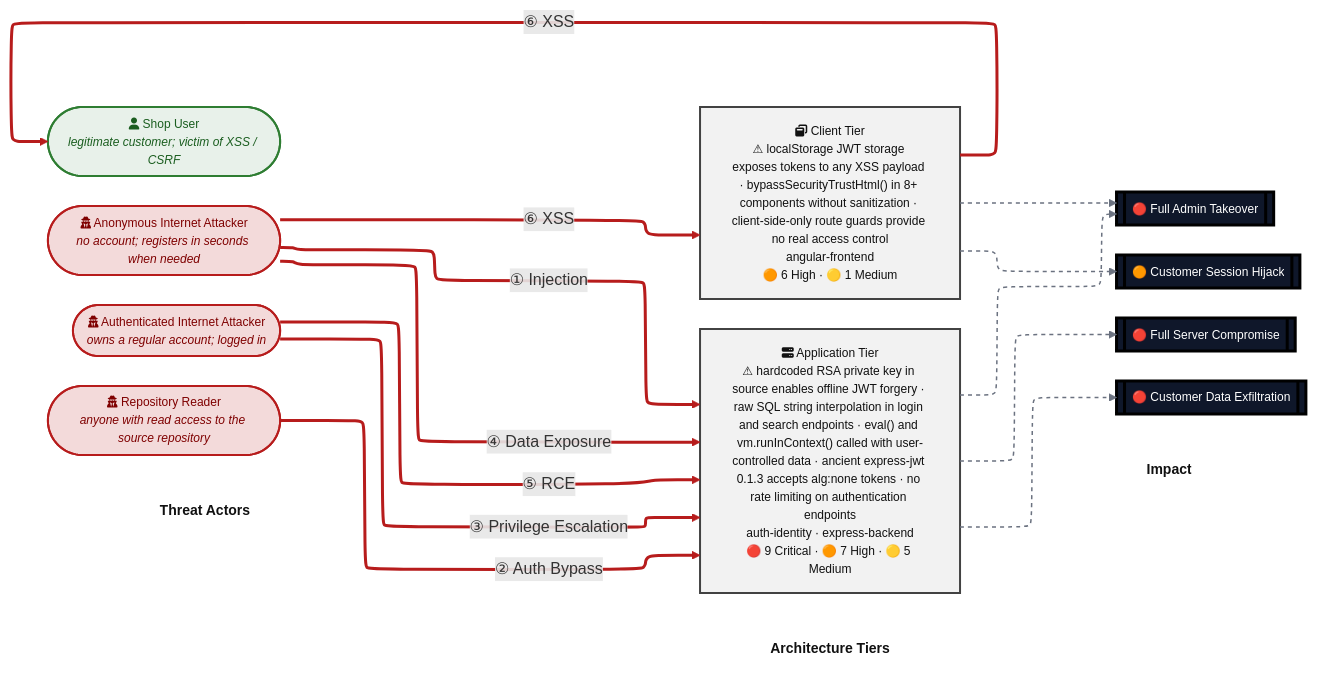
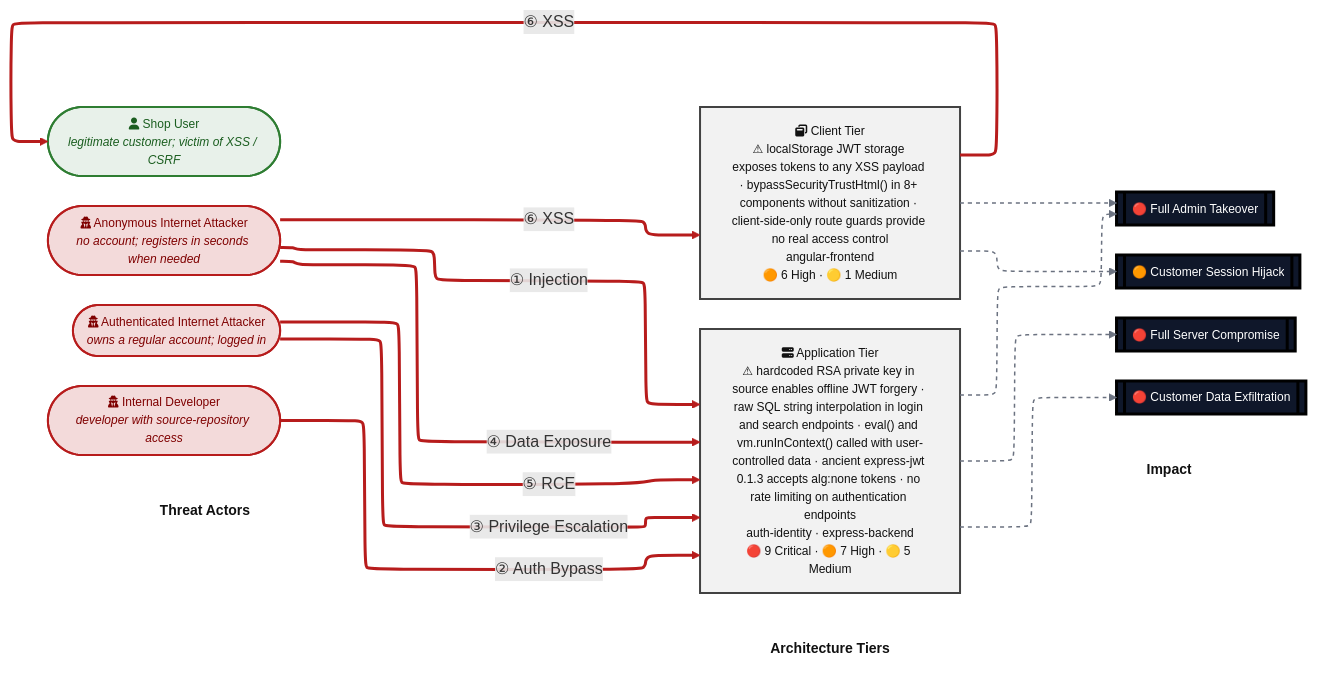
The first of 18 diagrams in examples/threat-modeler/threat-model-juice-shop-standard.md (appsec-foundry/appsec-advisor), drawn with Mermaid before and after one commit. The commit also changed other lines of this file and 6 other files, not shown here.

````diff
--- a/examples/threat-modeler/threat-model-juice-shop-standard.md
+++ b/examples/threat-modeler/threat-model-juice-shop-standard.md
@@ -104,79 +104,79 @@
 ```mermaid
 %%{init: {"flowchart": {"defaultRenderer": "elk", "nodeSpacing": 40, "rankSpacing": 80}} }%%
 flowchart LR
     subgraph ACTORS[" "]
         direction TB
         HDR_A["<b>Threat Actors</b>"]:::columnHeader
         SHOPUSER(["fa:fa-user Shop User<br/><i>legitimate customer; victim of XSS / CSRF</i>"]):::actorShopUser
         ANON(["fa:fa-user-secret Anonymous Internet Attacker<br/><i>no account; registers in seconds when needed</i>"]):::actorAnon
         INTERNET_USER(["fa:fa-user-secret Authenticated Internet Attacker<br/><i>owns a regular account; logged in</i>"]):::actorAnon
-        REPO_READ(["fa:fa-user-secret Repository Reader<br/><i>anyone with read access to the source repository</i>"]):::actorAnon
+        REPO_READ(["fa:fa-user-secret Internal Developer<br/><i>developer with source-repository access</i>"]):::actorAnon
     end
 
     subgraph TIERS[" "]
         direction TB
         HDR_T["<b>Architecture Tiers</b>"]:::columnHeader
         BROWSER["fa:fa-window-restore Client Tier<br/>⚠ localStorage JWT storage exposes tokens to any XSS payload · bypassSecurityTrustHtml() in 8+ components without sanitization · client-side-only route guards provide no real access control<br/>angular-frontend<br/>🟠 6 High · 🟡 1 Medium"]:::tierClient
         SERVER["fa:fa-server Application Tier<br/>⚠ hardcoded RSA private key in source enables offline JWT forgery · raw SQL string interpolation in login and search endpoints · eval() and vm.runInContext() called with user-controlled data · ancient express-jwt 0.1.3 accepts alg:none tokens · no rate limiting on authentication endpoints<br/>auth-identity · express-backend<br/>🔴 9 Critical · 🟠 7 High · 🟡 5 Medium"]:::tierApp
     end
 
     subgraph IMPACT[" "]
         direction TB
         HDR_I["<b>Impact</b>"]:::columnHeader
         CUSTOMER_SESSION_HIJACK[["🟠 Customer Session Hijack"]]:::impact
         FULL_ADMIN_TAKEOVER[["🔴 Full Admin Takeover"]]:::impact
         FULL_SERVER_COMPROMISE[["🔴 Full Server Compromise"]]:::impact
         CUSTOMER_DATA_EXFILTRATION[["🔴 Customer Data Exfiltration"]]:::impact
     end
 
     %% Invisible alignment hints. Two purposes:
     %%   (a) keep the per-component alignment edges (e.g. SHOPUSER --- BROWSER,
     %%       ANON --- SERVER) so attack arrows route horizontally without
     %%       crossing tier boxes;
     %%   (b) chain the three column headers (HDR_A, HDR_T, HDR_I) across
     %%       subgraph boundaries so ELK pins them on the same Y line.
     HDR_A --- HDR_T
     HDR_T --- HDR_I
     SHOPUSER --- BROWSER
     ANON --- SERVER
 
     %% Attack arrows
     ANON ==>|" ① Injection "| SERVER
     REPO_READ ==>|" ② Auth Bypass "| SERVER
     INTERNET_USER ==>|" ③ Privilege Escalation "| SERVER
     ANON ==>|" ④ Data Exposure "| SERVER
     INTERNET_USER ==>|" ⑤ RCE "| SERVER
     ANON ==>|" ⑥ XSS "| BROWSER
 
     %% Relay arrows (client tier → victim; delivery half of victim-targeting paths)
     BROWSER ==>|" ⑥ XSS "| SHOPUSER
 
     %% Consequence arrows (tier → business impact, all LR-forward)
     SERVER -.-> CUSTOMER_DATA_EXFILTRATION
     SERVER -.-> FULL_ADMIN_TAKEOVER
     SERVER -.-> FULL_SERVER_COMPROMISE
     BROWSER -.-> CUSTOMER_SESSION_HIJACK
     BROWSER -.-> FULL_ADMIN_TAKEOVER
 
     %% Subgraph frames invisible — column headers are emitted as the
     %% FIRST node of each subgraph (HDR_A / HDR_T / HDR_I) and pinned
     %% on the same Y line by the cross-subgraph alignment edges above.
     style ACTORS fill:none,stroke:none
     style TIERS  fill:none,stroke:none
     style IMPACT fill:none,stroke:none
 
     classDef tierClient fill:#f2f2f2,stroke:#424242,color:#111,stroke-width:2px,font-size:12px
     classDef tierApp    fill:#f2f2f2,stroke:#424242,color:#111,stroke-width:2px,font-size:12px
     classDef tierData   fill:#f2f2f2,stroke:#424242,color:#111,stroke-width:2px,font-size:12px
 
     classDef actorAnon     fill:#f3dada,stroke:#b71c1c,color:#7f0000,stroke-width:2px,font-size:12px
     classDef actorShopUser fill:#e8f1ea,stroke:#2e7d32,color:#1b5e20,stroke-width:2px,font-size:12px
     classDef impact        fill:#0f172a,stroke:#000,color:#fff,stroke-width:3px,font-size:12px
 
     classDef columnHeader  fill:none,stroke:none,color:#111,font-size:14px
 
     linkStyle 0,1,2,3     stroke:transparent,stroke-width:0px
     linkStyle 4,5,6,7,8,9,10     stroke:#b71c1c,stroke-width:3px
     linkStyle 11,12,13,14,15     stroke:#6b7280,stroke-width:1.5px,stroke-dasharray:4
 
 ```
````
